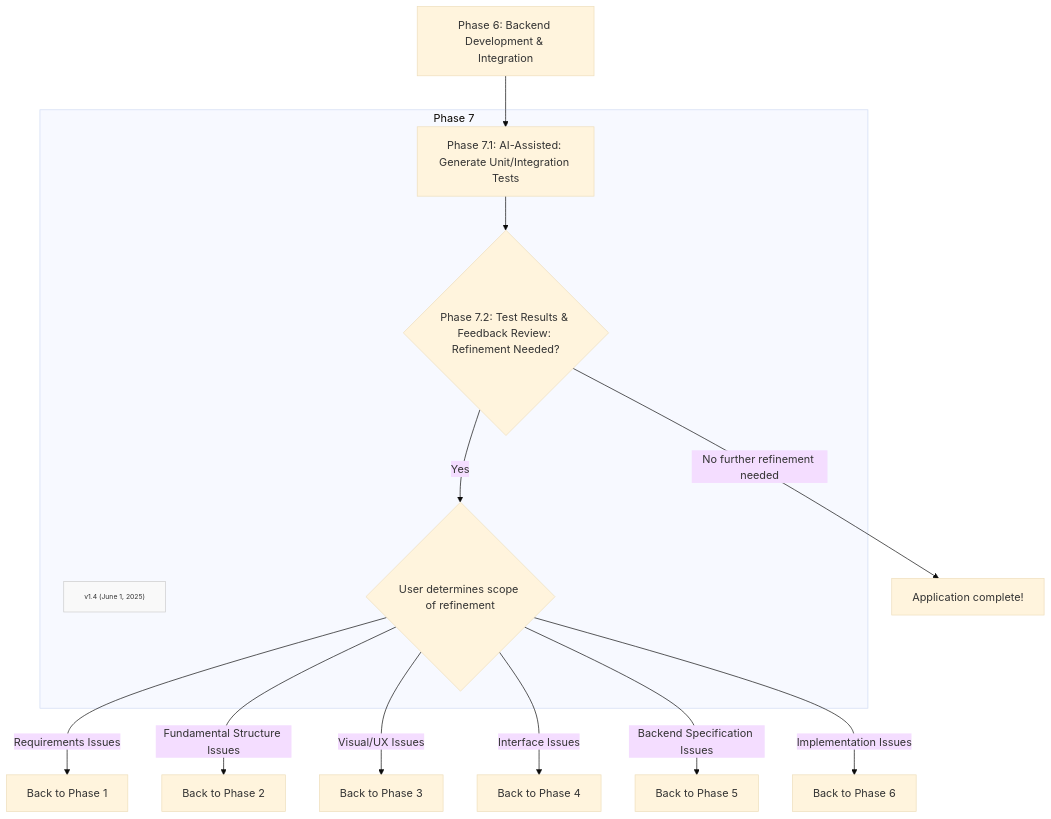
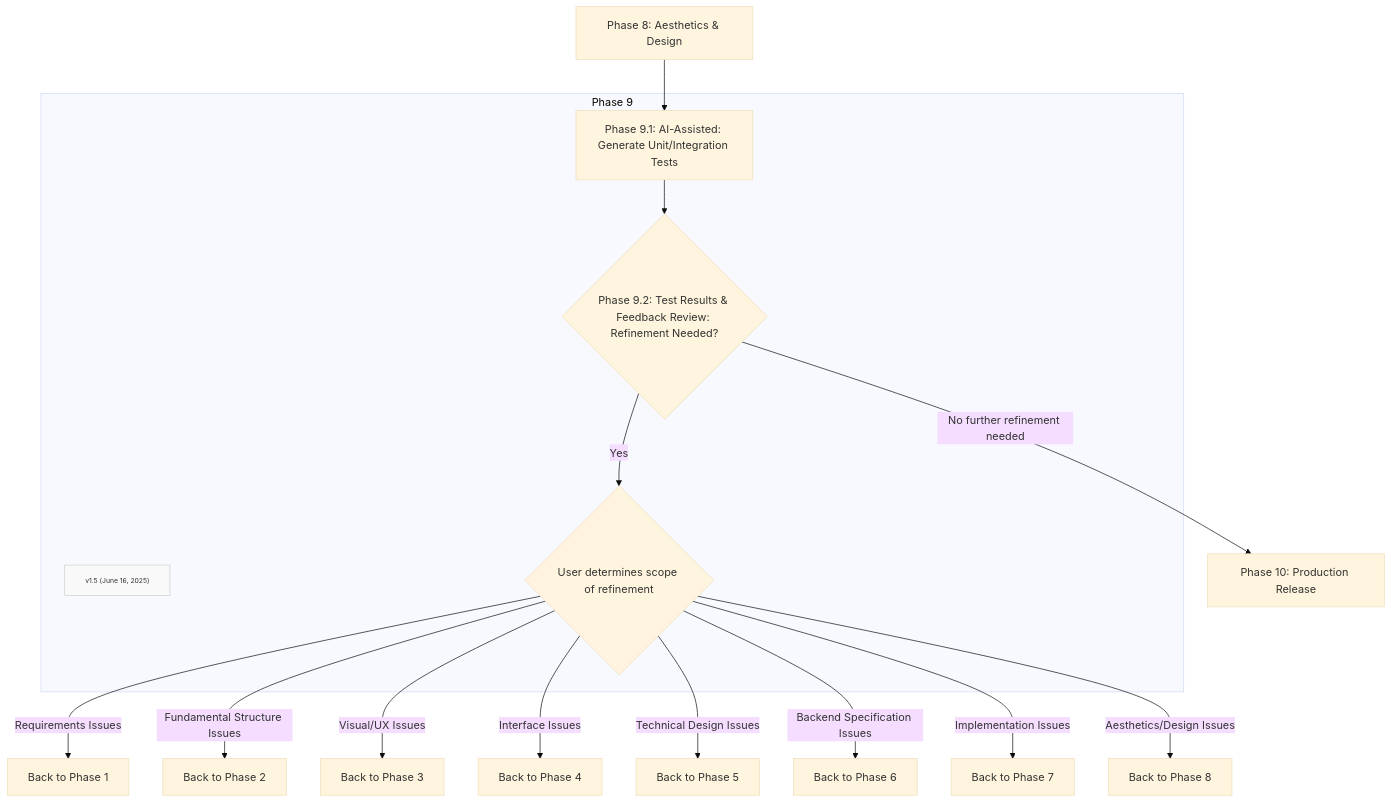
Before and after one commit to Mharbulous/Front-First-Method: the diagram in Phases/FF-phase8.md, drawn with Mermaid (base theme). The commit also changed other lines of this file, not shown here.

````diff
--- a/Phases/FF-phase8.md
+++ b/Phases/FF-phase8.md
@@ -1,22 +1,24 @@
 ```mermaid
 graph TD
-    Phase6["Phase 6: Backend Development & Integration"] --> Phase7_1
+    Phase8["Phase 8: Aesthetics & Design"] --> Phase9_1
 
-    subgraph Phase7 ["Phase 7"]
-        Version["v1.4 (June 1, 2025)"]
+    subgraph Phase9 ["Phase 9"]
+        Version["v1.5 (June 16, 2025)"]
         classDef version fill:#f9f9f9,stroke:#ccc,font-size:10px
         class Version version
-        Phase7_1["Phase 7.1: AI-Assisted: Generate Unit/Integration Tests"] --> Phase7_2{"Phase 7.2: Test Results & Feedback Review: Refinement Needed?"} 
-        Phase7_2 --> |Yes|RefineDecision{"User determines scope of refinement"}
+        Phase9_1["Phase 9.1: AI-Assisted: Generate Unit/Integration Tests"] --> Phase9_2{"Phase 9.2: Test Results & Feedback Review: Refinement Needed?"} 
+        Phase9_2 --> |Yes|RefineDecision{"User determines scope of refinement"}
         
     end
 
-Phase7_2 -->  |No further refinement needed|AllGood["Application complete!"]       
+Phase9_2 -->  |No further refinement needed|Phase10["Phase 10: Production Release"]       
 RefineDecision -->|Requirements Issues| Back2Phase1["Back to Phase 1"]
 RefineDecision -->|Fundamental Structure Issues| Back2Phase2["Back to Phase 2"]
 RefineDecision -->|Visual/UX Issues| Back2Phase3["Back to Phase 3"]
 RefineDecision -->|Interface Issues| Back2Phase4["Back to Phase 4"]
-RefineDecision -->|Backend Specification Issues| Back2Phase5["Back to Phase 5"]
-RefineDecision -->|Implementation Issues| Back2Phase6["Back to Phase 6"]
+RefineDecision -->|Technical Design Issues| Back2Phase5["Back to Phase 5"]
+RefineDecision -->|Backend Specification Issues| Back2Phase6["Back to Phase 6"]
+RefineDecision -->|Implementation Issues| Back2Phase7["Back to Phase 7"]
+RefineDecision -->|Aesthetics/Design Issues| Back2Phase8["Back to Phase 8"]
 
 ```
````
